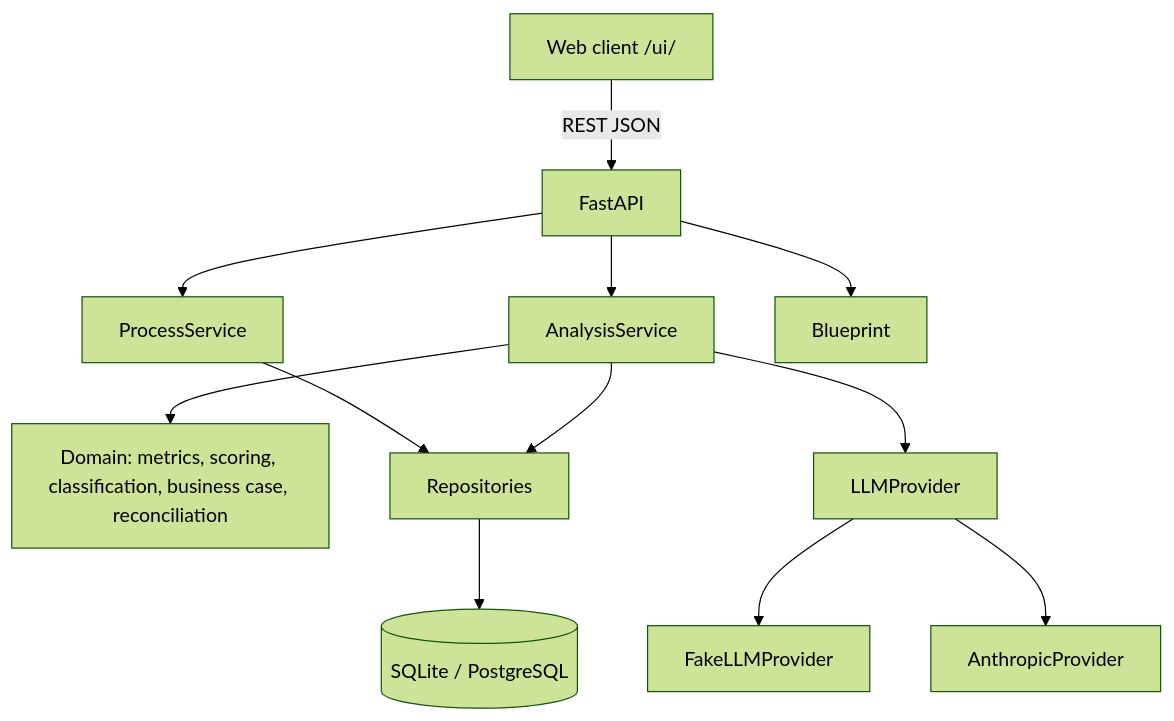
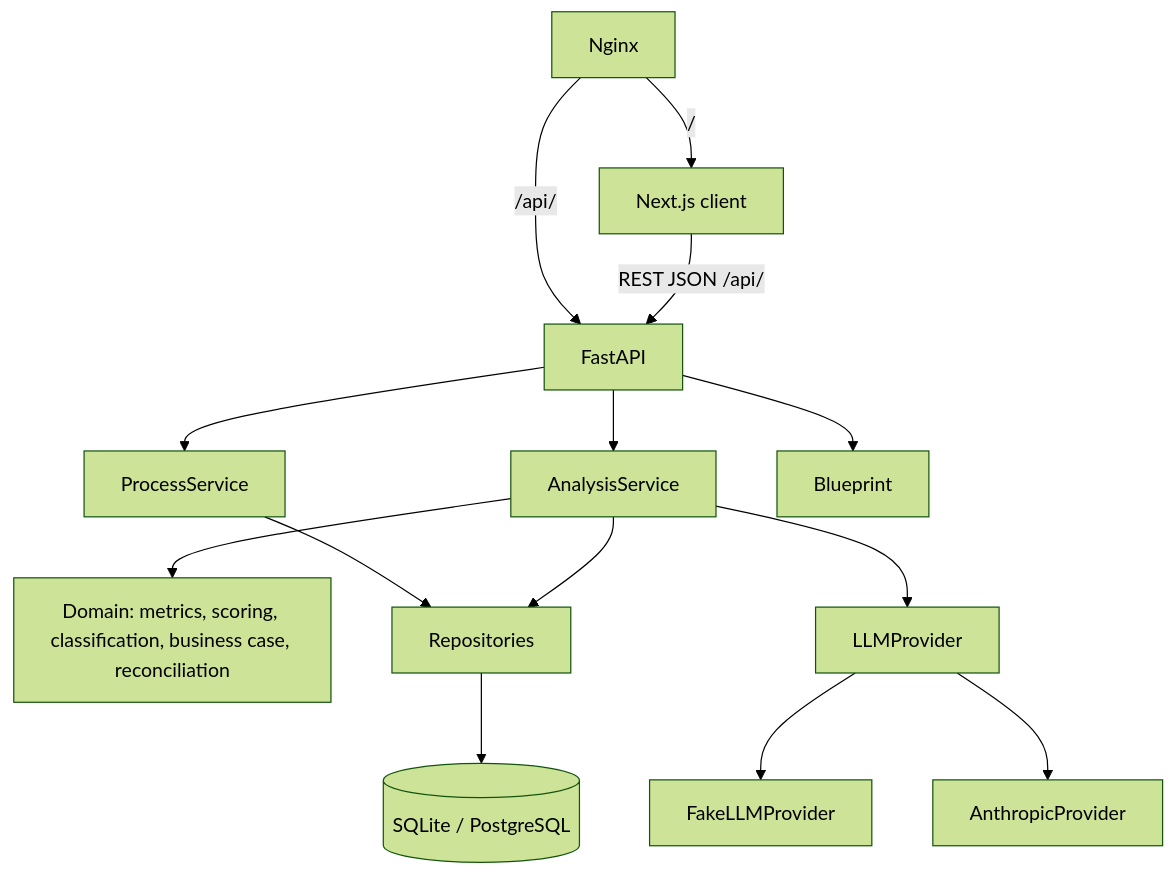
Before and after one commit to SebastianLazarte/ai-process-discovery: the first of 2 diagrams in README.md, drawn with Mermaid (forest theme). The commit also changed other lines of this file and 55 other files, not shown here.

First line of the commit message:
feat(ui)!: retire the vanilla client and the root API routes; Next.js serves / (RS-80) (#182)

````diff
--- a/README.md
+++ b/README.md
@@ -66,14 +66,16 @@
 ```mermaid
 flowchart TB
-    WEB[Web client /ui/] -->|REST JSON| API[FastAPI]
+    NGINX[Nginx] -->|/| WEB[Next.js client]
+    NGINX -->|/api/| API[FastAPI]
+    WEB -->|REST JSON /api/| API
     API --> PS[ProcessService]
     API --> AS[AnalysisService]
     API --> BS[Blueprint]
     AS --> DOM[Domain: metrics, scoring, classification, business case, reconciliation]
     AS --> LLM[LLMProvider]
     LLM --> FAKE[FakeLLMProvider]
     LLM --> ANT[AnthropicProvider]
     PS --> REPO[Repositories]
     AS --> REPO
     REPO --> DB[(SQLite / PostgreSQL)]
 ```
````
